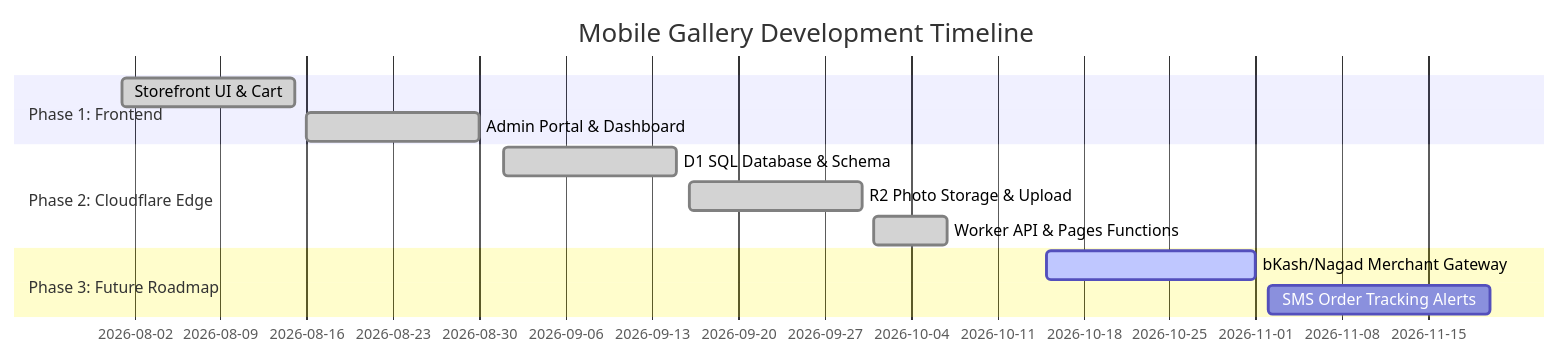
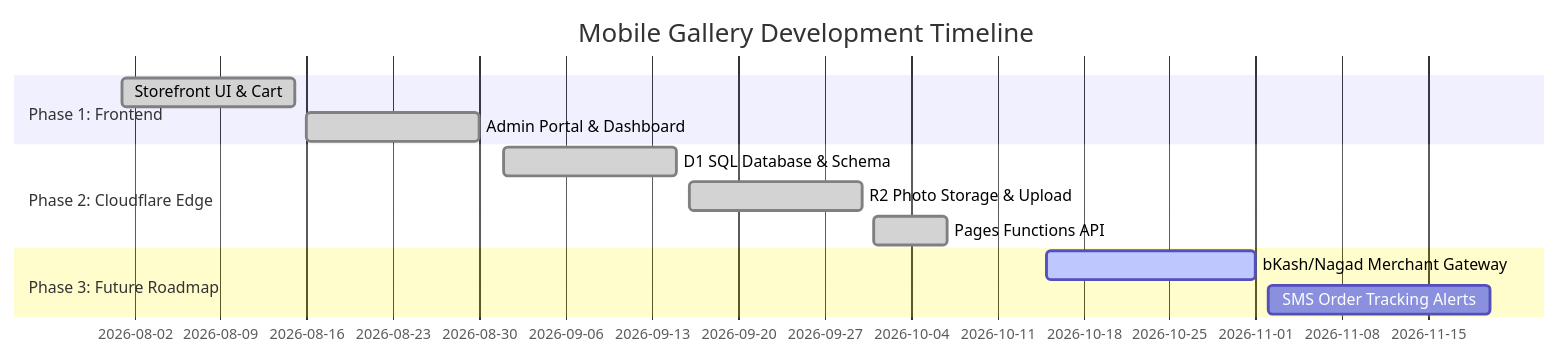
One commit to Fuad2e3/Mobile-Gallery changed the diagram in docs/TASKS.md. Above: the diagram before and after it, drawn with Mermaid. The commit also changed other lines of this file and 7 other files, not shown here.

Commit message:
refactor: eliminate all Cloudflare Worker references in favor of Cloudflare Pages Functions

````diff
--- a/docs/TASKS.md
+++ b/docs/TASKS.md
@@ -9,15 +9,15 @@
 ```mermaid
 gantt
     title Mobile Gallery Development Timeline
     dateFormat  YYYY-MM-DD
     section Phase 1: Frontend
     Storefront UI & Cart          :done, m1, 2026-08-01, 2026-08-15
     Admin Portal & Dashboard      :done, m2, 2026-08-16, 2026-08-30
     section Phase 2: Cloudflare Edge
     D1 SQL Database & Schema      :done, m3, 2026-09-01, 2026-09-15
     R2 Photo Storage & Upload     :done, m4, 2026-09-16, 2026-09-30
-    Worker API & Pages Functions  :done, m5, 2026-10-01, 2026-10-07
+    Pages Functions API           :done, m5, 2026-10-01, 2026-10-07
     section Phase 3: Future Roadmap
     bKash/Nagad Merchant Gateway  :active, m6, 2026-10-15, 2026-11-01
     SMS Order Tracking Alerts     :m7, 2026-11-02, 2026-11-20
 ```
````
